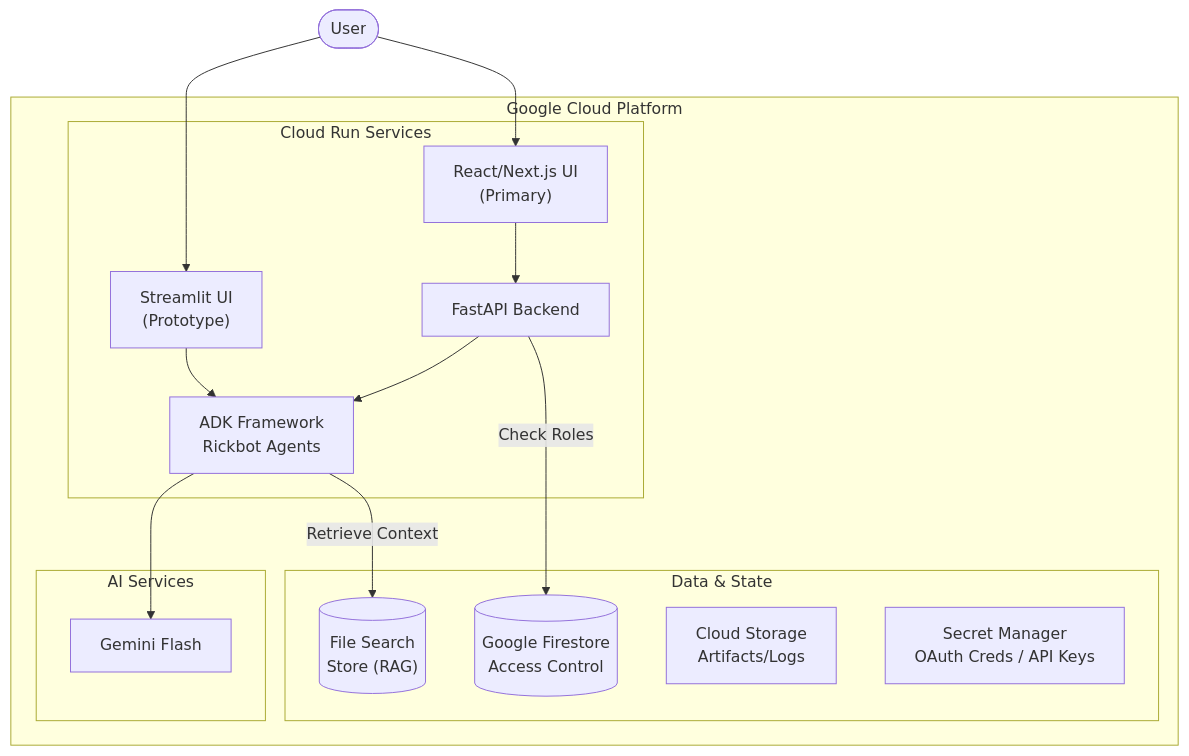
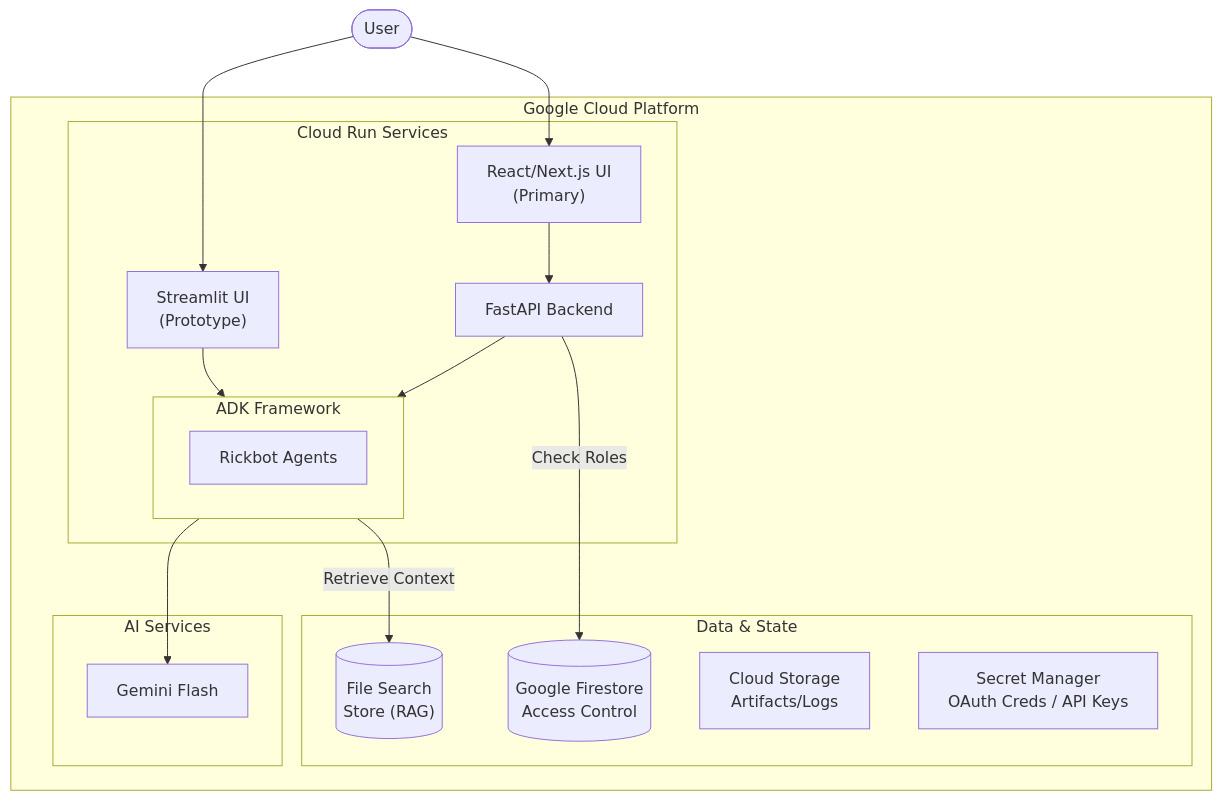
Before and after one commit to derailed-dash/rickbot-adk: the diagram in docs/design.md, drawn with Mermaid.

Commit message:
Put agents inside ADK

````diff
--- a/docs/design.md
+++ b/docs/design.md
@@ -16,36 +16,38 @@
 ```mermaid
 graph TD
     User([User])
     
     subgraph "Google Cloud Platform"
         
         subgraph "Cloud Run Services"
             Streamlit["Streamlit UI<br/>(Prototype)"]
             React["React/Next.js UI<br/>(Primary)"]
             API["FastAPI Backend"]
-            ADK["ADK Framework<br>Rickbot Agents"]
+            subgraph ADK["ADK Framework"]
+                Agents["Rickbot Agents"]
+            end
         end
         
         subgraph "Data & State"
             FileStore[("File Search<br/>Store (RAG)")]
             Firestore[("Google Firestore<br/>Access Control")]
             GCS["Cloud Storage<br/>Artifacts/Logs"]
             SecretMgr["Secret Manager<br/>OAuth Creds / API Keys"]
         end
         
         subgraph "AI Services"
             Gemini[Gemini Flash]
         end
     end
 
     User --> Streamlit
     User --> React
     
     Streamlit --> ADK
     React --> API
     
     API --> ADK
     ADK --> Gemini
     ADK -->|Retrieve Context| FileStore
     API -->|Check Roles| Firestore
 ```
````
